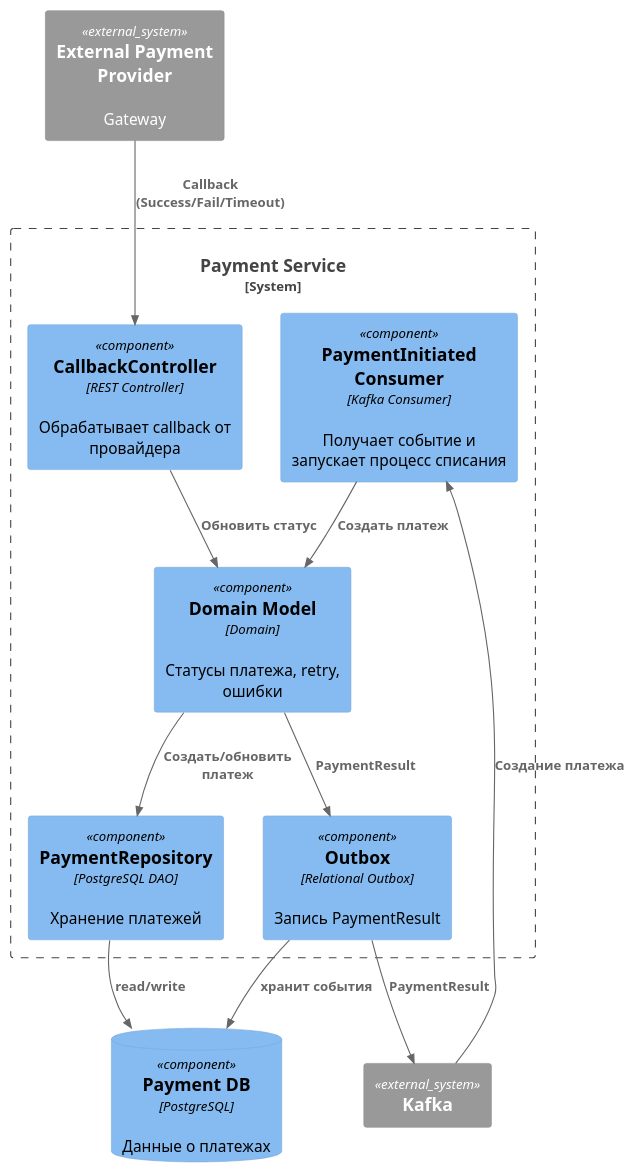
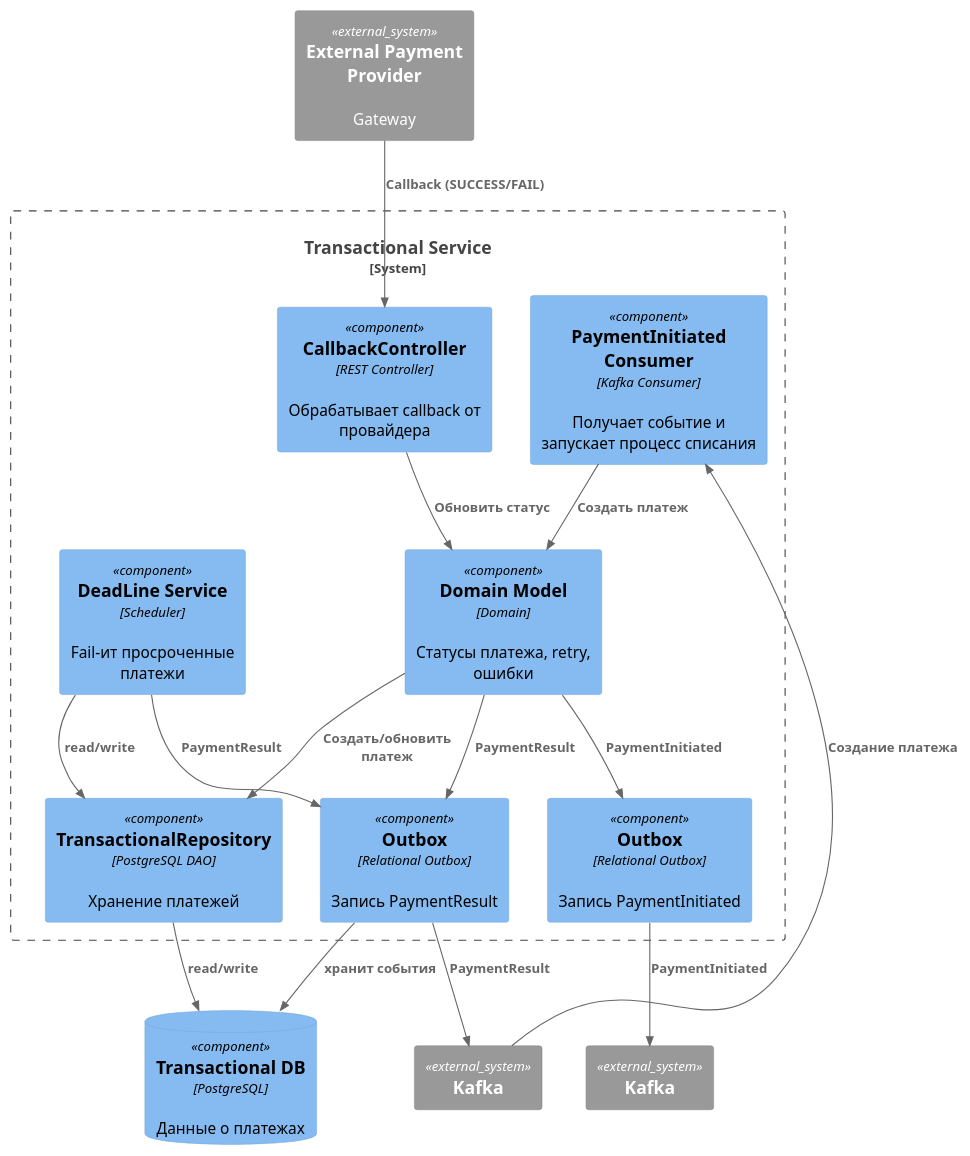
Before and after one commit to vaneks/System-design: the diagram in task2/TransactionalService.puml, drawn with PlantUML. The commit also changed 5 other files, not shown here.

```diff
--- a/task2/TransactionalService.puml
+++ b/task2/TransactionalService.puml
@@ -1,29 +1,36 @@
 @startuml
 !include https://raw.githubusercontent.com/plantuml-stdlib/C4-PlantUML/master/C4_Component.puml
 
 
-System_Boundary(payment, "Payment Service") {
+System_Boundary(payment, "Transactional Service") {
 
     Component(consumer_pi, "PaymentInitiated Consumer", "Kafka Consumer", "Получает событие и запускает процесс списания")
     Component(callback_api, "CallbackController", "REST Controller", "Обрабатывает callback от провайдера")
+    Component(deadline, "DeadLine Service", "Scheduler", "Fail-ит просроченные платежи")
     Component(domain, "Domain Model", "Domain", "Статусы платежа, retry, ошибки")
-    Component(repo, "PaymentRepository", "PostgreSQL DAO", "Хранение платежей")
-    Component(outbox, "Outbox", "Relational Outbox", "Запись PaymentResult")
+    Component(repo, "TransactionalRepository", "PostgreSQL DAO", "Хранение платежей")
+    Component(outboxWallet, "Outbox", "Relational Outbox", "Запись PaymentResult")
+    Component(outboxPayment, "Outbox", "Relational Outbox", "Запись PaymentInitiated")
 }
 
-ComponentDb(payment_db, "Payment DB", "PostgreSQL", "Данные о платежах")
+ComponentDb(payment_db, "Transactional DB", "PostgreSQL", "Данные о платежах")
+Rel(deadline, repo, "read/write")
 Rel(repo, payment_db, "read/write")
-Rel(outbox, payment_db, "хранит события")
+Rel(outboxWallet, payment_db, "хранит события")
 
 System_Ext(provider, "External Payment Provider", "Gateway")
-System_Ext(kafka, "Kafka")
+System_Ext(kafkaWallet, "Kafka")
+System_Ext(kafkaPayment, "Kafka")
 
 Rel(consumer_pi, domain, "Создать платеж")
-Rel(domain, outbox, "PaymentResult")
+Rel(domain, outboxWallet, "PaymentResult")
+Rel(domain, outboxPayment, "PaymentInitiated")
+Rel(deadline, outboxWallet, "PaymentResult")
 Rel(domain, repo, "Создать/обновить платеж")
-Rel(provider, callback_api, "Callback (Success/Fail/Timeout)")
+Rel(provider, callback_api, "Callback (SUCCESS/FAIL)")
 Rel(callback_api, domain, "Обновить статус")
-Rel(outbox, kafka, "PaymentResult")
-Rel(kafka, consumer_pi, "Создание платежа")
+Rel(outboxWallet, kafkaWallet, "PaymentResult")
+Rel(outboxPayment, kafkaPayment, "PaymentInitiated")
+Rel(kafkaWallet, consumer_pi, "Создание платежа")
 
 @enduml
```
